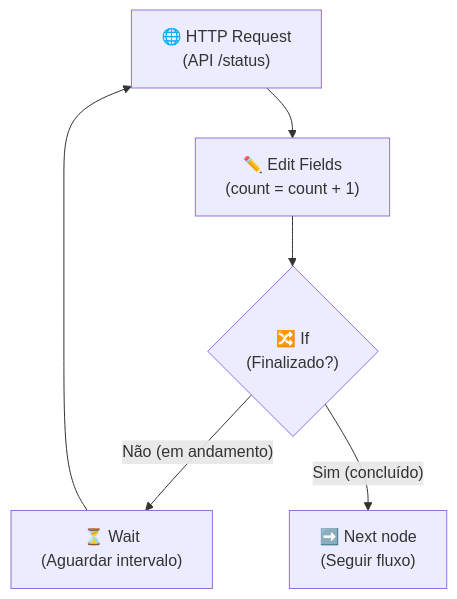
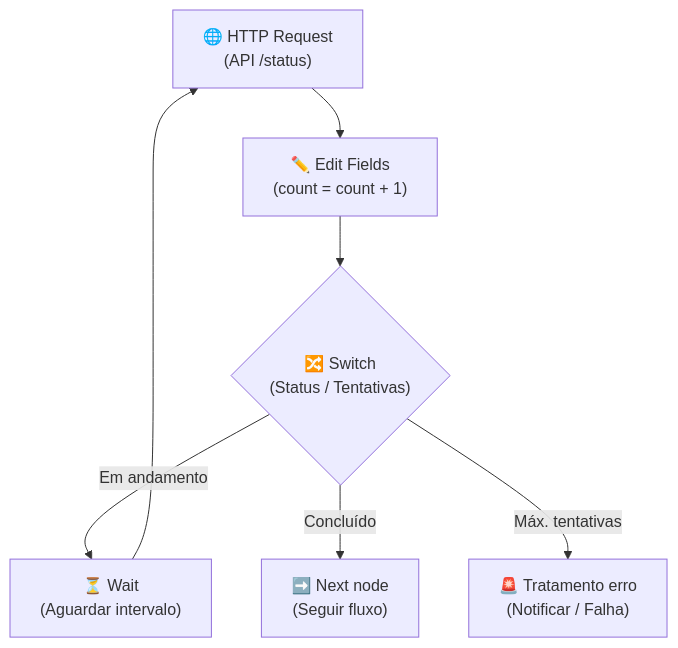
One commit to jcguimaraesnet/course-intelligent-agents changed the first of 2 diagrams in pages/n8n/slide-etapa4.md. Above: the diagram before and after it, drawn with Mermaid. The commit also changed other lines of this file, not shown here.

Commit message:
refactor: atualizar diagrama de polling para usar no Switch na etapa 4

````diff
--- a/pages/n8n/slide-etapa4.md
+++ b/pages/n8n/slide-etapa4.md
@@ -153,8 +153,9 @@
 ```mermaid {theme: 'dark'}
 flowchart TD
     A["🌐 HTTP Request<br/>(API /status)"] --> B["✏️ Edit Fields<br/>(count = count + 1)"]
-    B --> C{"🔀 If<br/>(Finalizado?)"}
-    C -- "Não (em andamento)" --> D["⏳ Wait<br/>(Aguardar intervalo)"]
+    B --> C{"🔀 Switch<br/>(Status / Tentativas)"}
+    C -- "Em andamento" --> D["⏳ Wait<br/>(Aguardar intervalo)"]
     D --> A
-    C -- "Sim (concluído)" --> E["➡️ Next node<br/>(Seguir fluxo)"]
+    C -- "Concluído" --> E["➡️ Next node<br/>(Seguir fluxo)"]
+    C -- "Máx. tentativas" --> F["🚨 Tratamento erro<br/>(Notificar / Falha)"]
 ```
````
